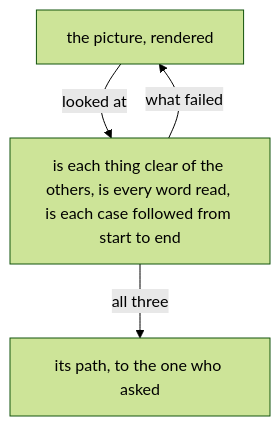
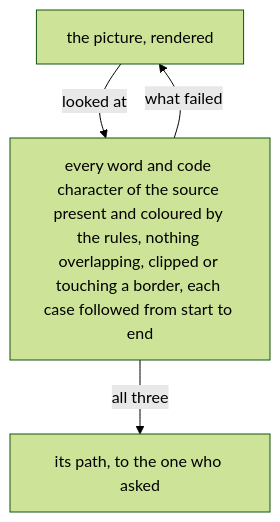
Before and after one commit to LiGoldragon/mind-belief: the second of 2 diagrams in notion/visualizer/0.md, drawn with Mermaid (forest theme). The commit also changed other lines of this file, not shown here.

Commit message:
Teach the visualizer how to read reference pictures

````diff
--- a/notion/visualizer/0.md
+++ b/notion/visualizer/0.md
@@ -52,6 +73,6 @@
 ```mermaid
 flowchart TB
-    p["the picture, rendered"] -- "looked at" --> q["is each thing clear of the others, is every word read, is each case followed from start to end"]
+    p["the picture, rendered"] -- "looked at" --> q["every word and code character of the source present and coloured by the rules, nothing overlapping, clipped or touching a border, each case followed from start to end"]
     q -- "what failed" --> p
     q -- "all three" --> h["its path, to the one who asked"]
 ```
````
